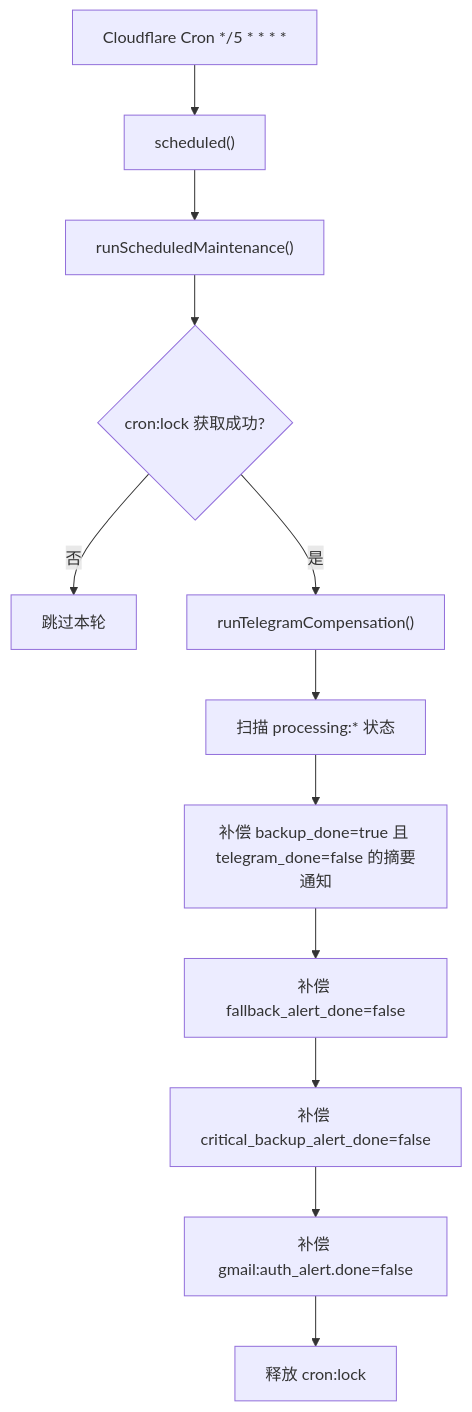
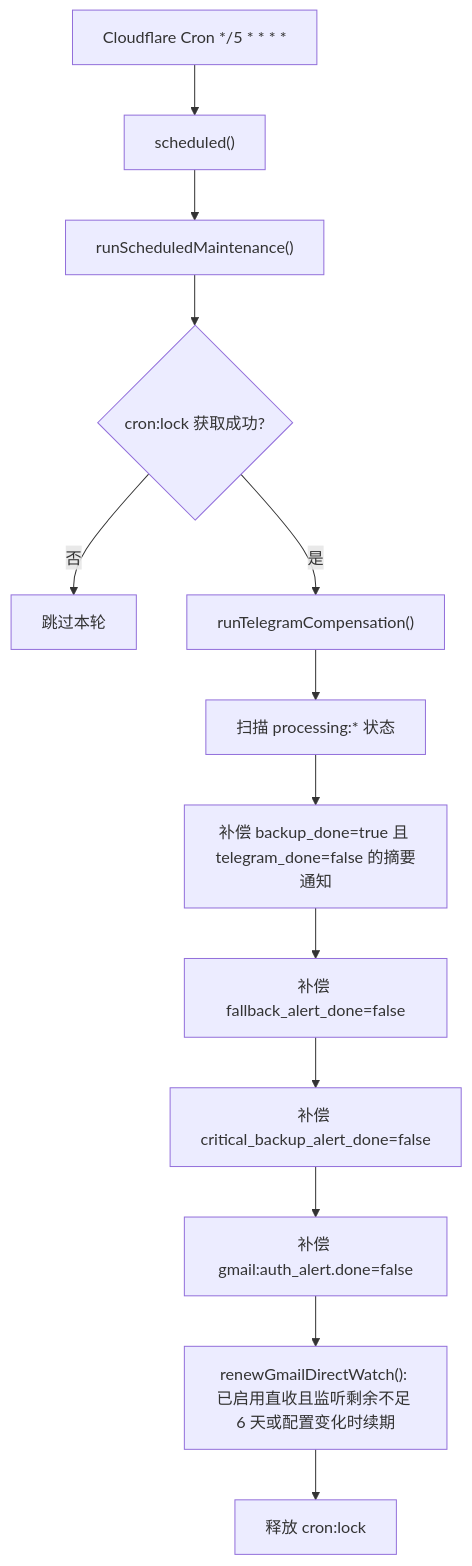
The third of 3 diagrams in docs/ai-maintenance/architecture.md (lainbo/synopsis), drawn with Mermaid before and after one commit. The commit also changed other lines of this file and 27 other files, not shown here.

````diff
--- a/docs/ai-maintenance/architecture.md
+++ b/docs/ai-maintenance/architecture.md
@@ -65,14 +92,15 @@
 ```mermaid
 flowchart TD
   A["Cloudflare Cron */5 * * * *"] --> B["scheduled()"]
   B --> C["runScheduledMaintenance()"]
   C --> D{"cron:lock 获取成功?"}
   D -- "否" --> E["跳过本轮"]
   D -- "是" --> F["runTelegramCompensation()"]
   F --> G["扫描 processing:* 状态"]
   G --> H["补偿 backup_done=true 且 telegram_done=false 的摘要通知"]
   H --> I["补偿 fallback_alert_done=false"]
   I --> J["补偿 critical_backup_alert_done=false"]
   J --> K["补偿 gmail:auth_alert.done=false"]
-  K --> L["释放 cron:lock"]
+  K --> W["renewGmailDirectWatch(): 已启用直收且监听剩余不足 6 天或配置变化时续期"]
+  W --> L["释放 cron:lock"]
 ```
````
